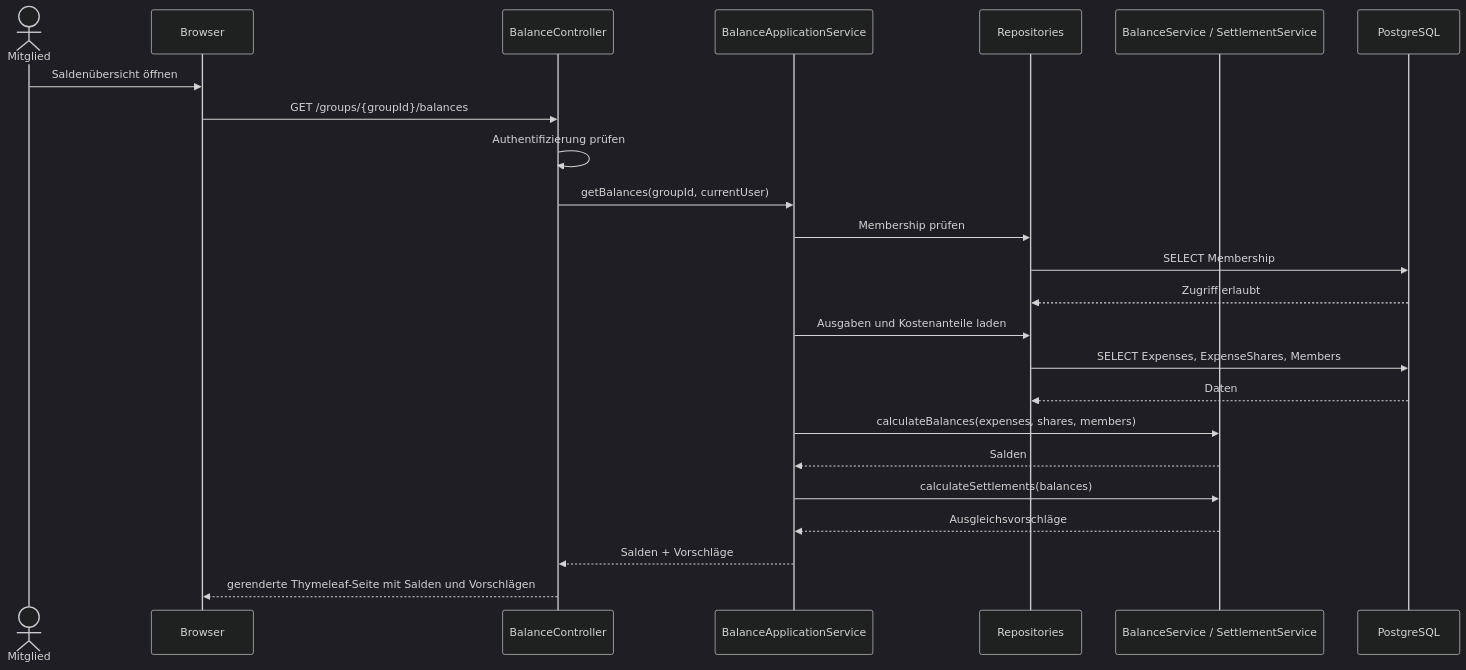
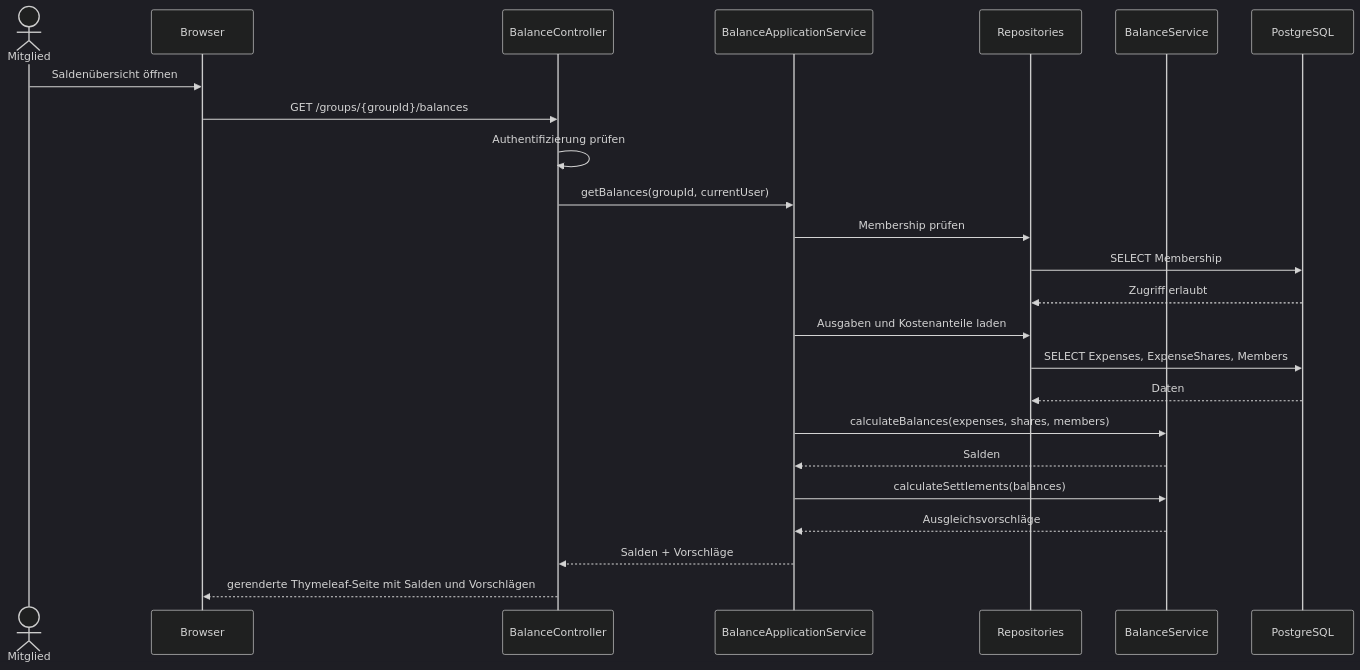
The seventh of 10 diagrams in Architektur/A06-runtime-view.md (Bunyamin0101/WK_1106_CampusSplit), drawn with Mermaid (dark theme) before and after one commit. The commit also changed other lines of this file and 2 other files, not shown here.

Commit message:
docs(architecture): align building blocks and runtime with implementation

````diff
--- a/Architektur/A06-runtime-view.md
+++ b/Architektur/A06-runtime-view.md
@@ -310,27 +309,27 @@
 ```mermaid
 sequenceDiagram
     actor Mitglied
     participant Browser
     participant Controller as BalanceController
     participant BalanceSvc as BalanceApplicationService
     participant Repo as Repositories
-    participant Domain as BalanceService / SettlementService
+    participant Domain as BalanceService
     participant DB as PostgreSQL
 
     Mitglied->>Browser: Saldenübersicht öffnen
     Browser->>Controller: GET /groups/{groupId}/balances
     Controller->>Controller: Authentifizierung prüfen
     Controller->>BalanceSvc: getBalances(groupId, currentUser)
     BalanceSvc->>Repo: Membership prüfen
     Repo->>DB: SELECT Membership
     DB-->>Repo: Zugriff erlaubt
     BalanceSvc->>Repo: Ausgaben und Kostenanteile laden
     Repo->>DB: SELECT Expenses, ExpenseShares, Members
     DB-->>Repo: Daten
     BalanceSvc->>Domain: calculateBalances(expenses, shares, members)
     Domain-->>BalanceSvc: Salden
     BalanceSvc->>Domain: calculateSettlements(balances)
     Domain-->>BalanceSvc: Ausgleichsvorschläge
     BalanceSvc-->>Controller: Salden + Vorschläge
     Controller-->>Browser: gerenderte Thymeleaf-Seite mit Salden und Vorschlägen
 ```
````
